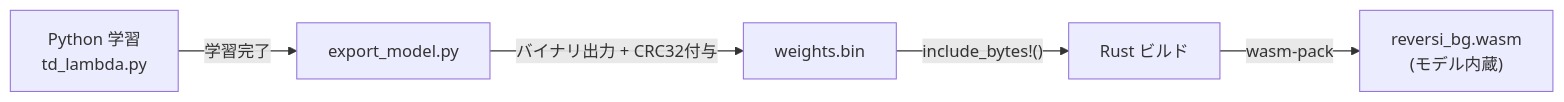
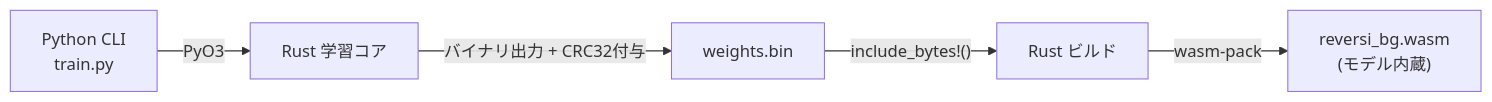
One commit to omoch1-2357/Reversi changed the fifth of 5 diagrams in docs/REQUIREMENTS.md. Above: the diagram before and after it, drawn with Mermaid. The commit also changed other lines of this file and 17 other files, not shown here.

````diff
--- a/docs/REQUIREMENTS.md
+++ b/docs/REQUIREMENTS.md
@@ -376,7 +376,7 @@
 ```mermaid
 graph LR
-    PY[Python 学習<br/>td_lambda.py] -->|学習完了| EXP[export_model.py]
-    EXP -->|バイナリ出力 + CRC32付与| BIN[weights.bin]
+    PY[Python CLI<br/>train.py] -->|PyO3| RTRAIN[Rust 学習コア]
+    RTRAIN -->|バイナリ出力 + CRC32付与| BIN[weights.bin]
     BIN -->|"include_bytes!()"| RUST[Rust ビルド]
     RUST -->|wasm-pack| WASM["reversi_bg.wasm<br/>(モデル内蔵)"]
 ```
````
